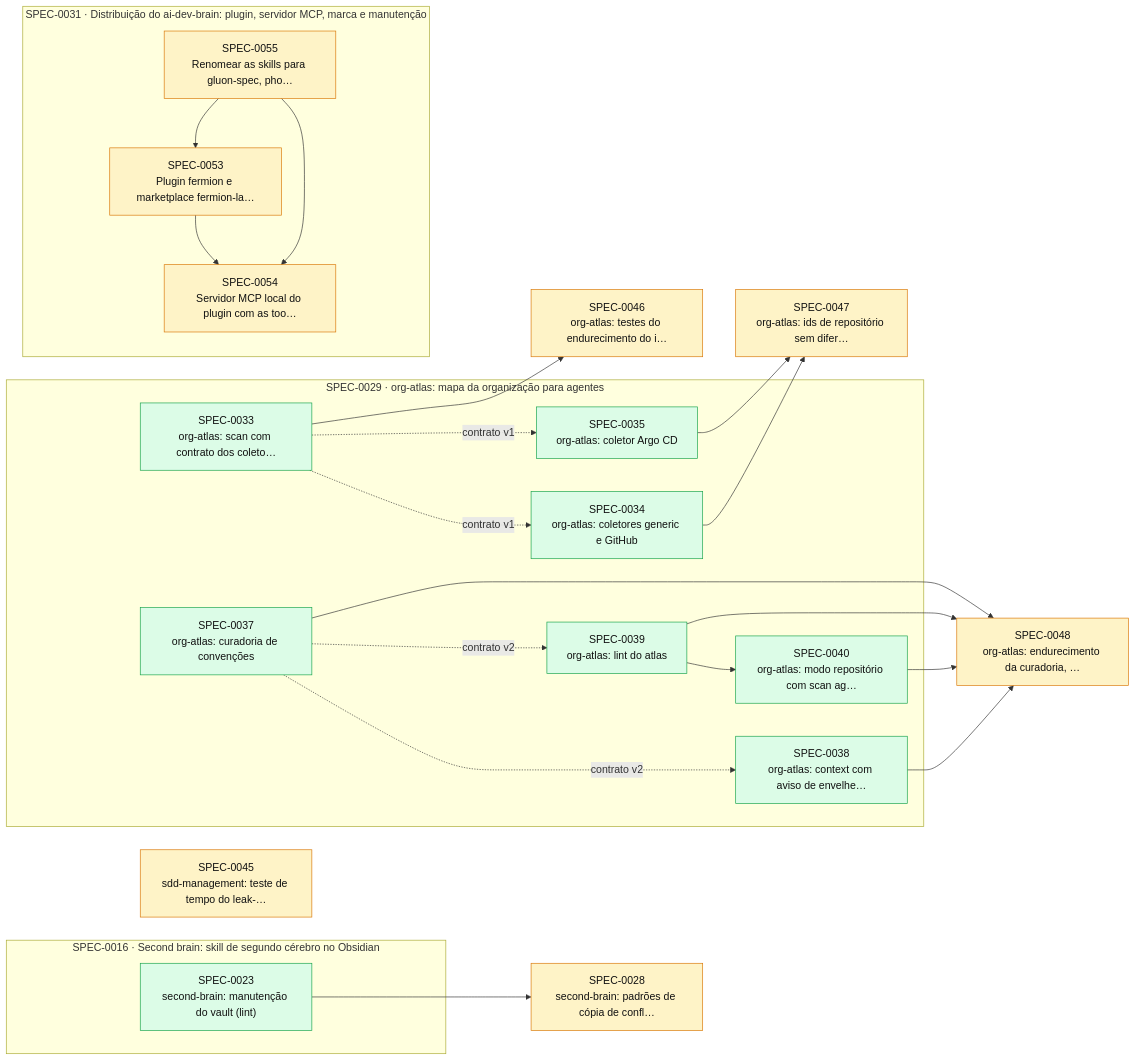
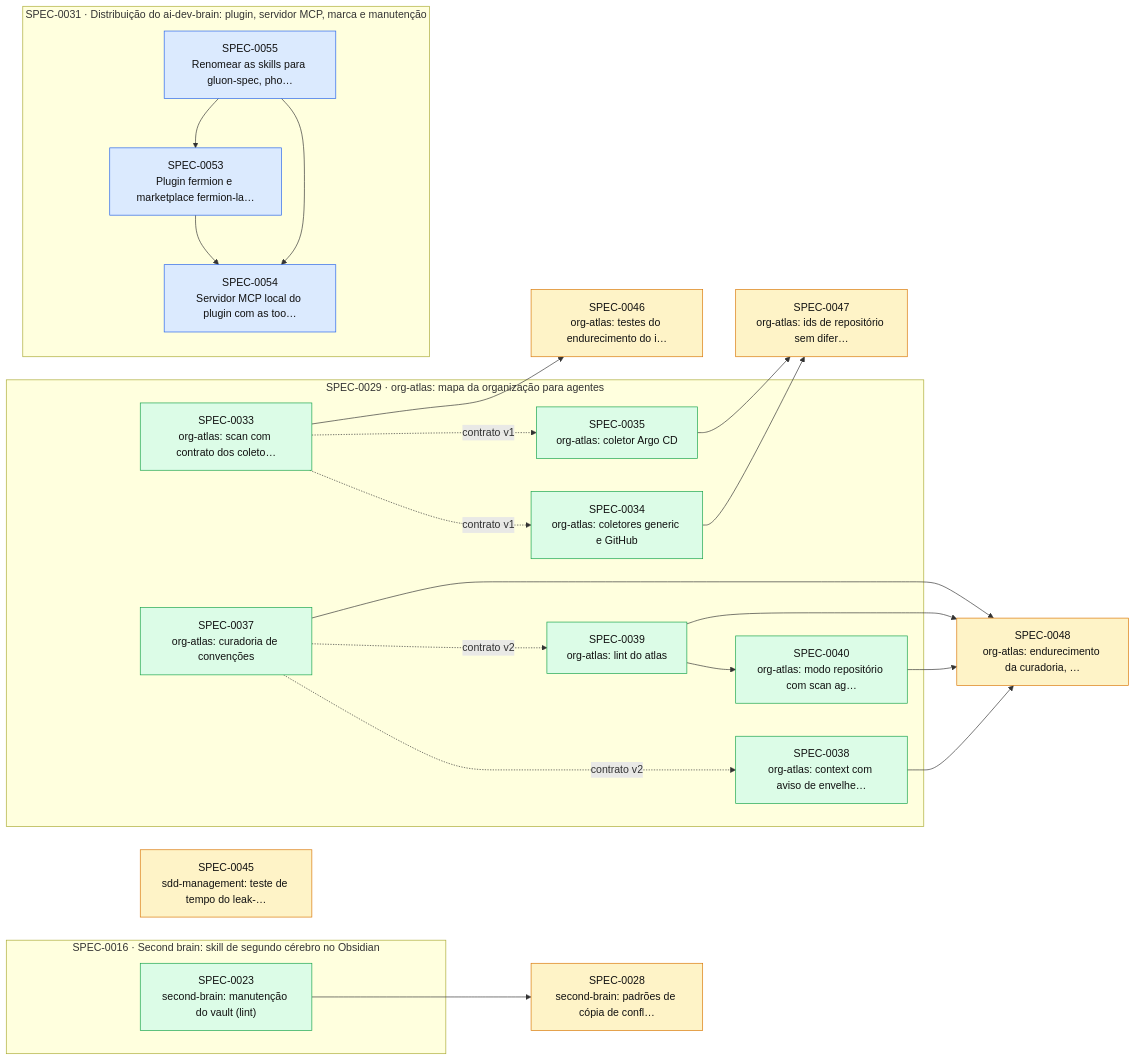
Before and after one commit to thomasravache/ai-dev-brain: the diagram in docs/specs/INDEX.md, drawn with Mermaid. The commit also changed other lines of this file and 7 other files, not shown here.

````diff
--- a/docs/specs/INDEX.md
+++ b/docs/specs/INDEX.md
@@ -55,46 +55,46 @@
 ```mermaid
 flowchart LR
   S0028["SPEC-0028<br/>second-brain: padrões de cópia de confl…"]:::proposed
   S0045["SPEC-0045<br/>sdd-management: teste de tempo do leak-…"]:::proposed
   S0046["SPEC-0046<br/>org-atlas: testes do endurecimento do i…"]:::proposed
   S0047["SPEC-0047<br/>org-atlas: ids de repositório sem difer…"]:::proposed
   S0048["SPEC-0048<br/>org-atlas: endurecimento da curadoria, …"]:::proposed
   subgraph E0016["SPEC-0016 · Second brain: skill de segundo cérebro no Obsidian"]
     S0023["SPEC-0023<br/>second-brain: manutenção do vault (lint)"]:::implemented
   end
   subgraph E0029["SPEC-0029 · org-atlas: mapa da organização para agentes"]
     S0033["SPEC-0033<br/>org-atlas: scan com contrato dos coleto…"]:::implemented
     S0034["SPEC-0034<br/>org-atlas: coletores generic e GitHub"]:::implemented
     S0035["SPEC-0035<br/>org-atlas: coletor Argo CD"]:::implemented
     S0037["SPEC-0037<br/>org-atlas: curadoria de convenções"]:::implemented
     S0038["SPEC-0038<br/>org-atlas: context com aviso de envelhe…"]:::implemented
     S0039["SPEC-0039<br/>org-atlas: lint do atlas"]:::implemented
     S0040["SPEC-0040<br/>org-atlas: modo repositório com scan ag…"]:::implemented
   end
   subgraph E0031["SPEC-0031 · Distribuição do ai-dev-brain: plugin, servidor MCP, marca e manutenção"]
-    S0053["SPEC-0053<br/>Plugin fermion e marketplace fermion-la…"]:::proposed
-    S0054["SPEC-0054<br/>Servidor MCP local do plugin com as too…"]:::proposed
-    S0055["SPEC-0055<br/>Renomear as skills para gluon-spec, pho…"]:::proposed
+    S0053["SPEC-0053<br/>Plugin fermion e marketplace fermion-la…"]:::approved
+    S0054["SPEC-0054<br/>Servidor MCP local do plugin com as too…"]:::approved
+    S0055["SPEC-0055<br/>Renomear as skills para gluon-spec, pho…"]:::approved
   end
   S0023 --> S0028
   S0033 -. contrato v1 .-> S0034
   S0033 -. contrato v1 .-> S0035
   S0037 -. contrato v2 .-> S0038
   S0037 -. contrato v2 .-> S0039
   S0039 --> S0040
   S0033 --> S0046
   S0034 --> S0047
   S0035 --> S0047
   S0037 --> S0048
   S0038 --> S0048
   S0039 --> S0048
   S0040 --> S0048
   S0055 --> S0053
   S0053 --> S0054
   S0055 --> S0054
   classDef proposed fill:#fef3c7,stroke:#d97706,color:#111
   classDef approved fill:#dbeafe,stroke:#2563eb,color:#111
   classDef inprogress fill:#ede9fe,stroke:#7c3aed,color:#111
   classDef implemented fill:#dcfce7,stroke:#16a34a,color:#111
   classDef deprecated fill:#f3f4f6,stroke:#9ca3af,color:#6b7280
 ```
````
